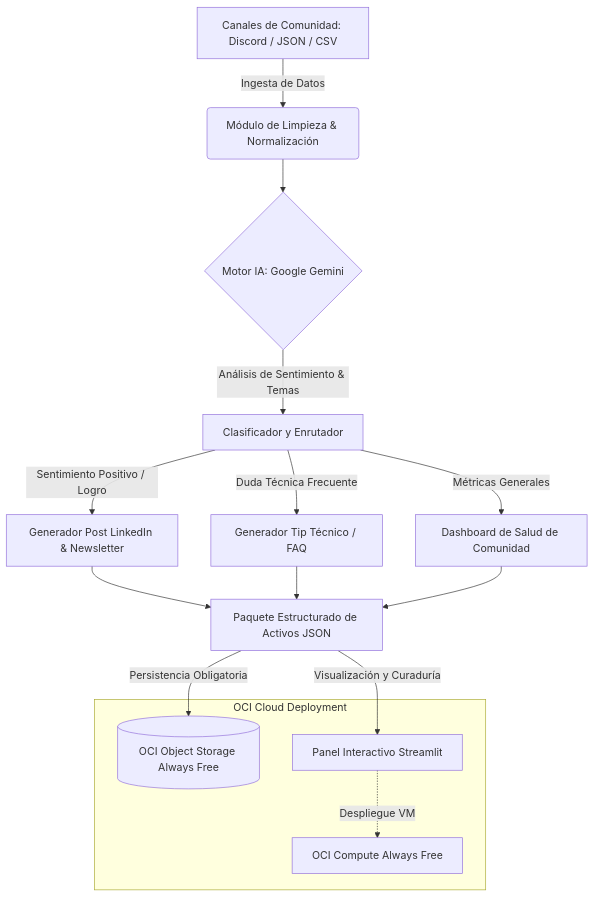
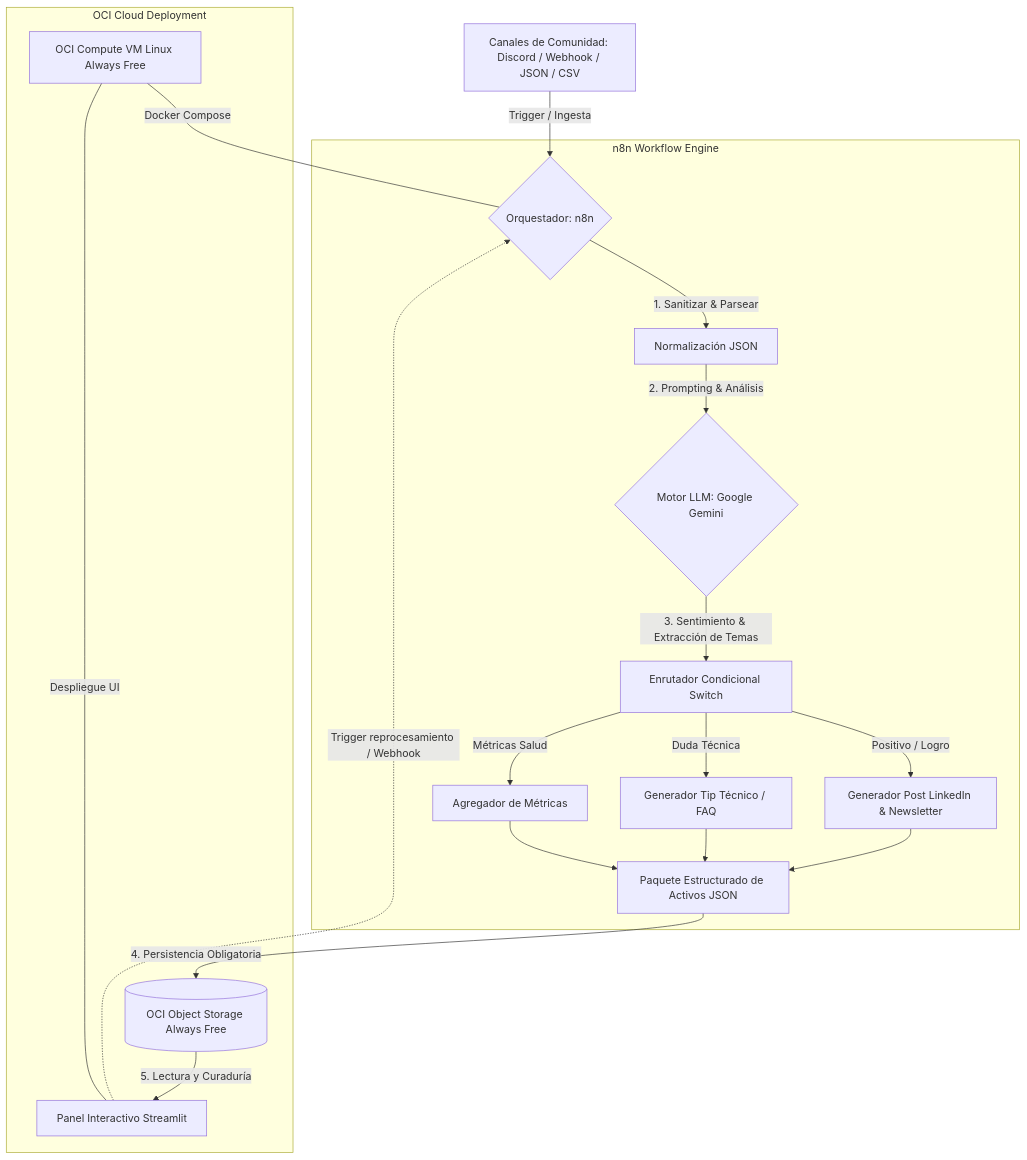
The diagram in README.md (No-Country-simulation/G10-LATAM-equipo6-CommunityLab), drawn with Mermaid before and after one commit. The commit also changed other lines of this file and 5 other files, not shown here.

Commit message:
feat: añadir configuración del orquestador de flujos n8n con docker-compose y documentación

````diff
--- a/README.md
+++ b/README.md
@@ -20,20 +20,25 @@
 ```mermaid
 flowchart TD
-    A[Canales de Comunidad: Discord / JSON / CSV] -->|Ingesta de Datos| B(Módulo de Limpieza & Normalización)
-    B --> C{Motor IA: Google Gemini}
-    C -->|Análisis de Sentimiento & Temas| D[Clasificador y Enrutador]
+    A[Canales de Comunidad: Discord / Webhook / JSON / CSV] -->|Trigger / Ingesta| N8N{Orquestador: n8n}
     
-    D -->|Sentimiento Positivo / Logro| E1[Generador Post LinkedIn & Newsletter]
-    D -->|Duda Técnica Frecuente| E2[Generador Tip Técnico / FAQ]
-    D -->|Métricas Generales| E3[Dashboard de Salud de Comunidad]
+    subgraph n8n Workflow Engine
+        N8N -->|1. Sanitizar & Parsear| N1[Normalización JSON]
+        N1 -->|2. Prompting & Análisis| C{Motor LLM: Google Gemini}
+        C -->|3. Sentimiento & Extracción de Temas| D[Enrutador Condicional Switch]
+        D -->|Positivo / Logro| E1[Generador Post LinkedIn & Newsletter]
+        D -->|Duda Técnica| E2[Generador Tip Técnico / FAQ]
+        D -->|Métricas Salud| E3[Agregador de Métricas]
+        E1 & E2 & E3 --> F[Paquete Estructurado de Activos JSON]
+    end
     
-    E1 & E2 & E3 --> F[Paquete Estructurado de Activos JSON]
-    
-    F -->|Persistencia Obligatoria| G[(OCI Object Storage Always Free)]
-    F -->|Visualización y Curaduría| H[Panel Interactivo Streamlit]
+    F -->|4. Persistencia Obligatoria| G[(OCI Object Storage Always Free)]
+    G -->|5. Lectura y Curaduría| H[Panel Interactivo Streamlit]
+    H -.->|Trigger reprocesamiento / Webhook| N8N
     
     subgraph OCI Cloud Deployment
         G
-        H -.->|Despliegue VM| I[OCI Compute Always Free]
+        VM[OCI Compute VM Linux Always Free]
+        VM ---|Docker Compose| N8N
+        VM ---|Despliegue UI| H
     end
 ```
````
